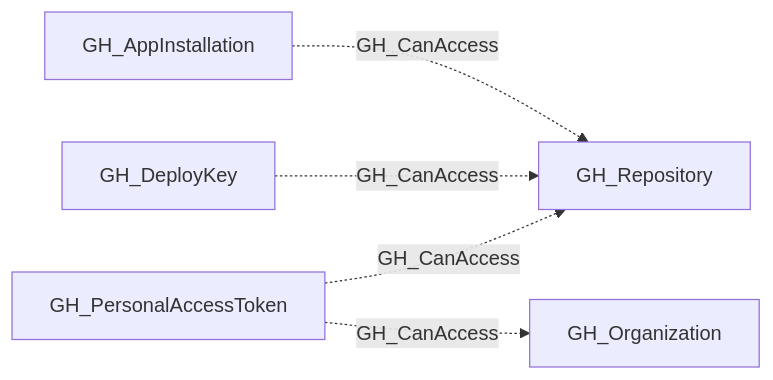
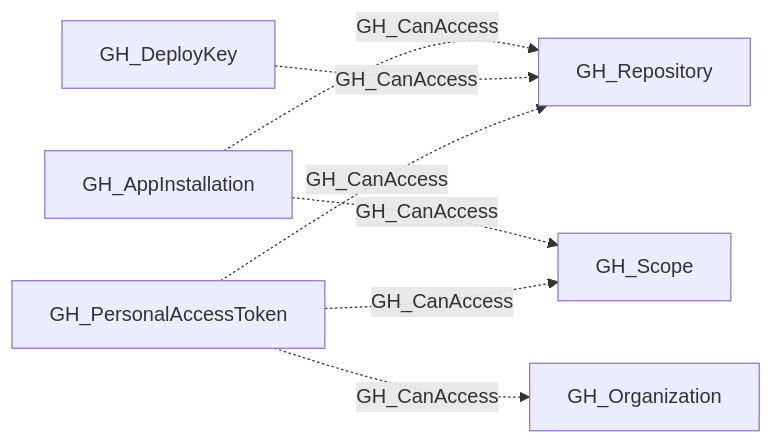
One commit to SpecterOps/openhound-github changed the diagram in descriptions/edges/GH_CanAccess.md. Above: the diagram before and after it, drawn with Mermaid. The commit also changed other lines of this file and 44 other files, not shown here.

````diff
--- a/descriptions/edges/GH_CanAccess.md
+++ b/descriptions/edges/GH_CanAccess.md
@@ -18,12 +20,15 @@
 ```mermaid
 graph LR
     n0["GH_AppInstallation"]
     n1["GH_Repository"]
-    n2["GH_DeployKey"]
-    n3["GH_PersonalAccessToken"]
-    n4["GH_Organization"]
+    n2["GH_Scope"]
+    n3["GH_DeployKey"]
+    n4["GH_PersonalAccessToken"]
+    n5["GH_Organization"]
     n0 -.->|GH_CanAccess| n1
-    n2 -.->|GH_CanAccess| n1
-    n3 -.->|GH_CanAccess| n4
+    n0 -.->|GH_CanAccess| n2
     n3 -.->|GH_CanAccess| n1
+    n4 -.->|GH_CanAccess| n5
+    n4 -.->|GH_CanAccess| n1
+    n4 -.->|GH_CanAccess| n2
 ```
````
